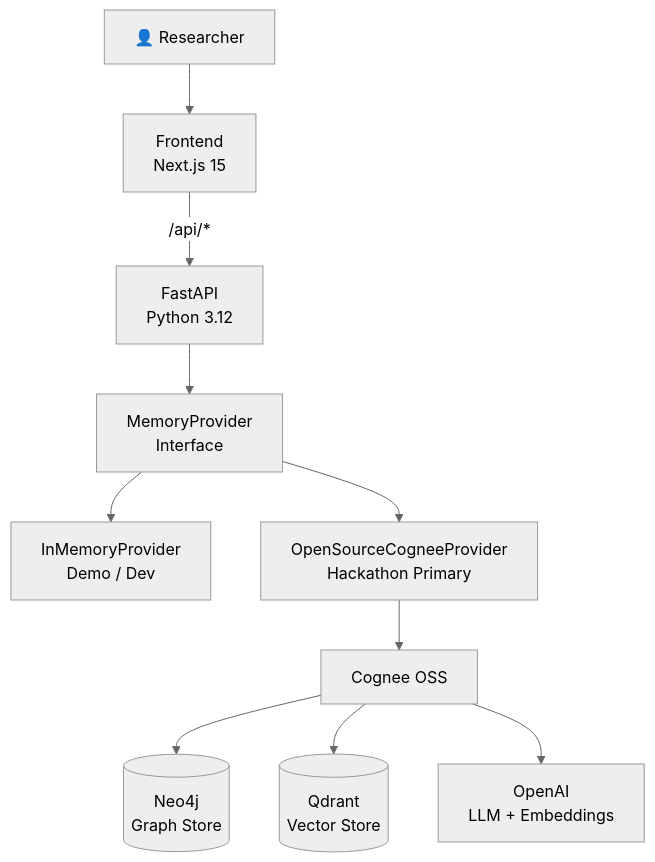
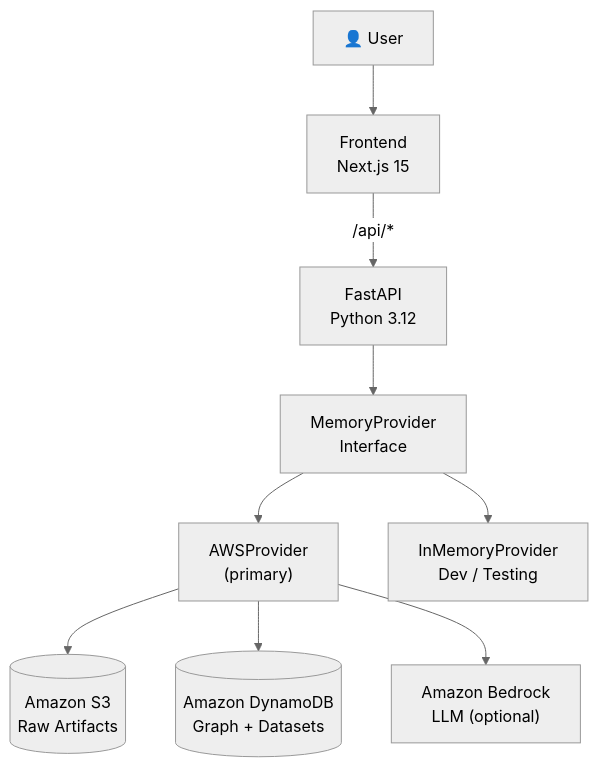
One commit to kartikangiras/aegis changed the first of 6 diagrams in README.md. Above: the diagram before and after it, drawn with Mermaid (neutral theme). The commit also changed other lines of this file and 14 other files, not shown here.

Commit message:
feat: add AWS memory provider using DynamoDB and S3 for persistent, zero-cost storage

````diff
--- a/README.md
+++ b/README.md
@@ -81,23 +46,21 @@
 ```mermaid
 graph TD
-    User["👤 Researcher"]
+    User["👤 User"]
     FE["Frontend\nNext.js 15"]
     API["FastAPI\nPython 3.12"]
     MP["MemoryProvider\nInterface"]
-    IMem["InMemoryProvider\nDemo / Dev"]
-    OSS["OpenSourceCogneeProvider\nHackathon Primary"]
-    Cognee["Cognee OSS"]
-    Neo4j[("Neo4j\nGraph Store")]
-    Qdrant[("Qdrant\nVector Store")]
-    OpenAI["OpenAI\nLLM + Embeddings"]
+    AWS["AWSProvider\n(primary)"]
+    S3[("Amazon S3\nRaw Artifacts")]
+    DDB[("Amazon DynamoDB\nGraph + Datasets")]
+    Bedrock["Amazon Bedrock\nLLM (optional)"]
+    InMem["InMemoryProvider\nDev / Testing"]
 
     User --> FE
     FE -- "/api/*" --> API
     API --> MP
-    MP --> IMem
-    MP --> OSS
-    OSS --> Cognee
-    Cognee --> Neo4j
-    Cognee --> Qdrant
-    Cognee --> OpenAI
+    MP --> AWS
+    MP --> InMem
+    AWS --> S3
+    AWS --> DDB
+    AWS --> Bedrock
 ```
````
